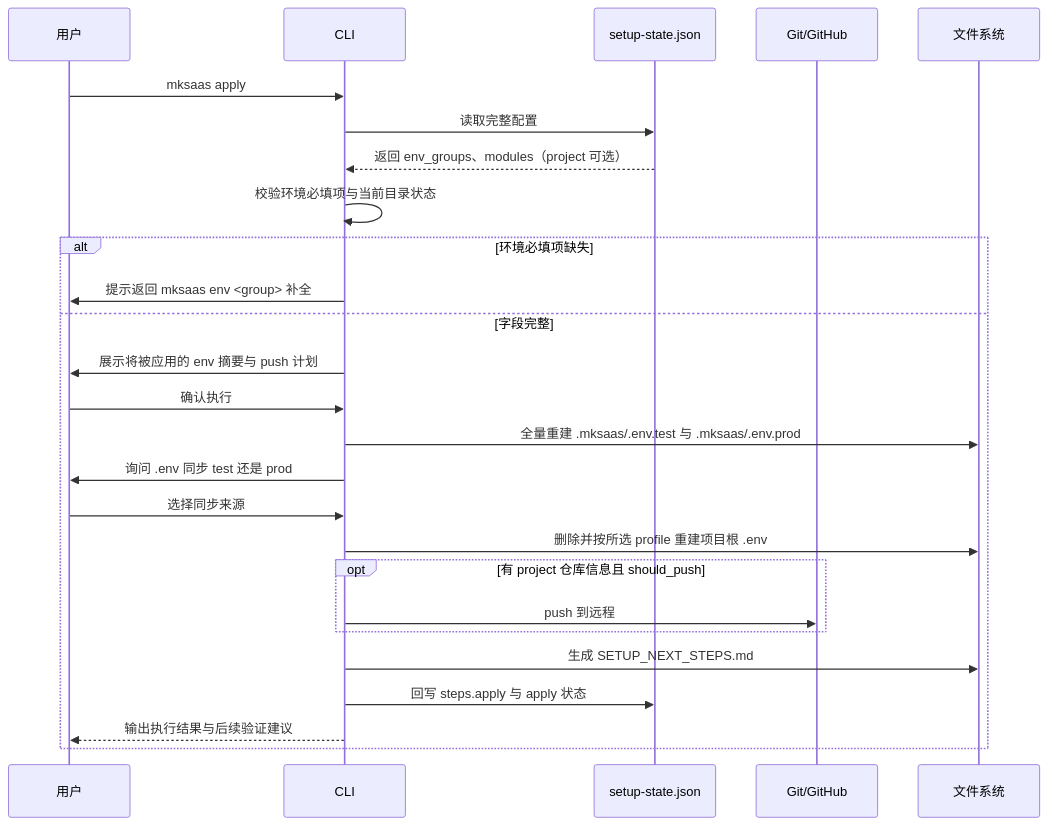
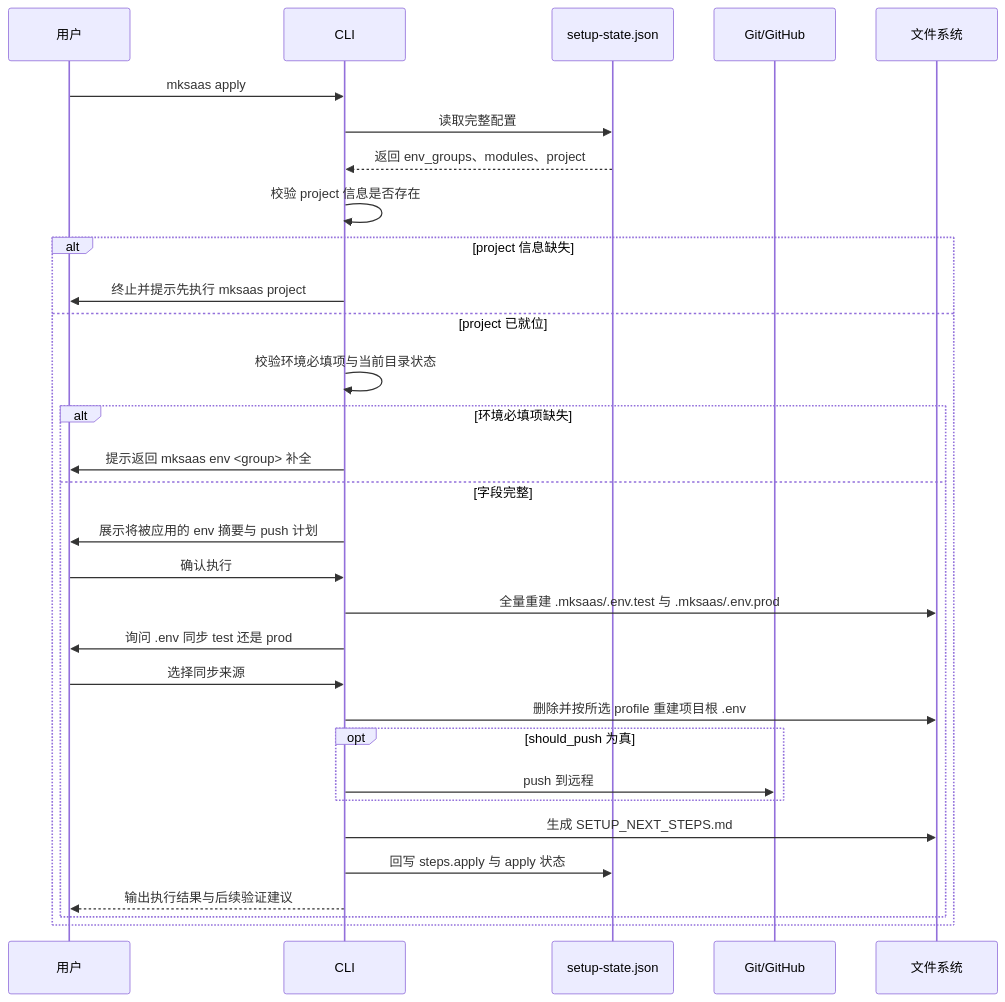
Before and after one commit to CaffeineOddity/mksaas_command: the second of 2 diagrams in docs/steps/02-apply.md, drawn with Mermaid. The commit also changed other lines of this file and 5 other files, not shown here.

First line of the commit message:
docs: 补全 env schema 与构建安装生命周期，细化 init/apply/project 流程

````diff
--- a/docs/steps/02-apply.md
+++ b/docs/steps/02-apply.md
@@ -72,29 +75,34 @@
 ```mermaid
 sequenceDiagram
     participant U as 用户
     participant C as CLI
     participant J as setup-state.json
     participant G as Git/GitHub
     participant F as 文件系统
 
     U->>C: mksaas apply
     C->>J: 读取完整配置
-    J-->>C: 返回 env_groups、modules（project 可选）
-    C->>C: 校验环境必填项与当前目录状态
-    alt 环境必填项缺失
-        C->>U: 提示返回 mksaas env <group> 补全
-    else 字段完整
-        C->>U: 展示将被应用的 env 摘要与 push 计划
-        U->>C: 确认执行
-        C->>F: 全量重建 .mksaas/.env.test 与 .mksaas/.env.prod
-        C->>U: 询问 .env 同步 test 还是 prod
-        U->>C: 选择同步来源
-        C->>F: 删除并按所选 profile 重建项目根 .env
-        opt 有 project 仓库信息且 should_push
-            C->>G: push 到远程
+    J-->>C: 返回 env_groups、modules、project
+    C->>C: 校验 project 信息是否存在
+    alt project 信息缺失
+        C->>U: 终止并提示先执行 mksaas project
+    else project 已就位
+        C->>C: 校验环境必填项与当前目录状态
+        alt 环境必填项缺失
+            C->>U: 提示返回 mksaas env <group> 补全
+        else 字段完整
+            C->>U: 展示将被应用的 env 摘要与 push 计划
+            U->>C: 确认执行
+            C->>F: 全量重建 .mksaas/.env.test 与 .mksaas/.env.prod
+            C->>U: 询问 .env 同步 test 还是 prod
+            U->>C: 选择同步来源
+            C->>F: 删除并按所选 profile 重建项目根 .env
+            opt should_push 为真
+                C->>G: push 到远程
+            end
+            C->>F: 生成 SETUP_NEXT_STEPS.md
+            C->>J: 回写 steps.apply 与 apply 状态
+            C-->>U: 输出执行结果与后续验证建议
         end
-        C->>F: 生成 SETUP_NEXT_STEPS.md
-        C->>J: 回写 steps.apply 与 apply 状态
-        C-->>U: 输出执行结果与后续验证建议
     end
 ```
````
